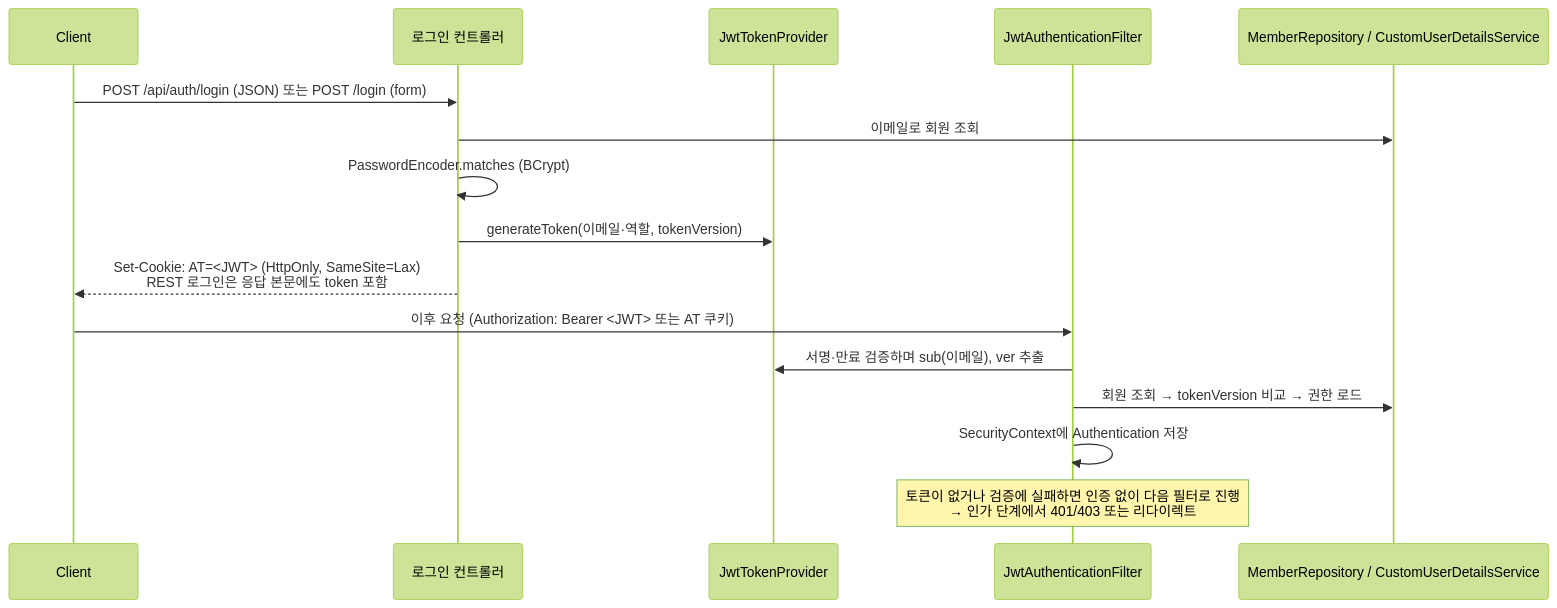
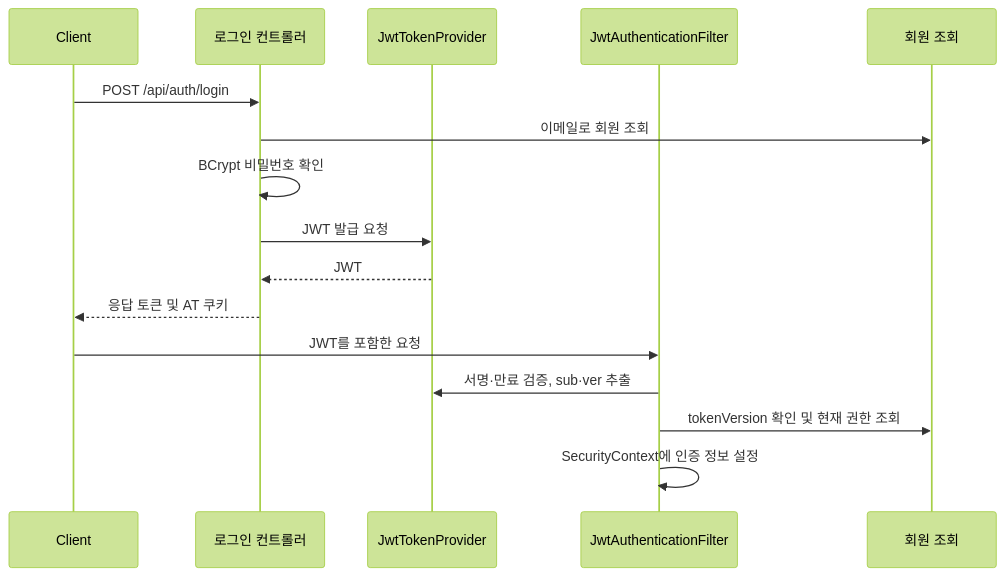
One commit to HsH1121/MyPickCafe changed the second of 2 diagrams in ARCHITECTURE.md. Above: the diagram before and after it, drawn with Mermaid (forest theme). The commit also changed other lines of this file, not shown here.

````diff
--- a/ARCHITECTURE.md
+++ b/ARCHITECTURE.md
@@ -351,20 +305,19 @@
 ```mermaid
 sequenceDiagram
     participant C as Client
     participant L as 로그인 컨트롤러
     participant P as JwtTokenProvider
     participant F as JwtAuthenticationFilter
-    participant D as MemberRepository / CustomUserDetailsService
+    participant D as 회원 조회
 
-    C->>L: POST /api/auth/login (JSON) 또는 POST /login (form)
+    C->>L: POST /api/auth/login
     L->>D: 이메일로 회원 조회
-    L->>L: PasswordEncoder.matches (BCrypt)
-    L->>P: generateToken(이메일·역할, tokenVersion)
-    L-->>C: Set-Cookie: AT=<JWT> (HttpOnly, SameSite=Lax)<br/>REST 로그인은 응답 본문에도 token 포함
-
-    C->>F: 이후 요청 (Authorization: Bearer <JWT> 또는 AT 쿠키)
-    F->>P: 서명·만료 검증하며 sub(이메일), ver 추출
-    F->>D: 회원 조회 → tokenVersion 비교 → 권한 로드
-    F->>F: SecurityContext에 Authentication 저장
-    Note over F: 토큰이 없거나 검증에 실패하면 인증 없이 다음 필터로 진행<br/>→ 인가 단계에서 401/403 또는 리다이렉트
+    L->>L: BCrypt 비밀번호 확인
+    L->>P: JWT 발급 요청
+    P-->>L: JWT
+    L-->>C: 응답 토큰 및 AT 쿠키
+    C->>F: JWT를 포함한 요청
+    F->>P: 서명·만료 검증, sub·ver 추출
+    F->>D: tokenVersion 확인 및 현재 권한 조회
+    F->>F: SecurityContext에 인증 정보 설정
 ```
````
